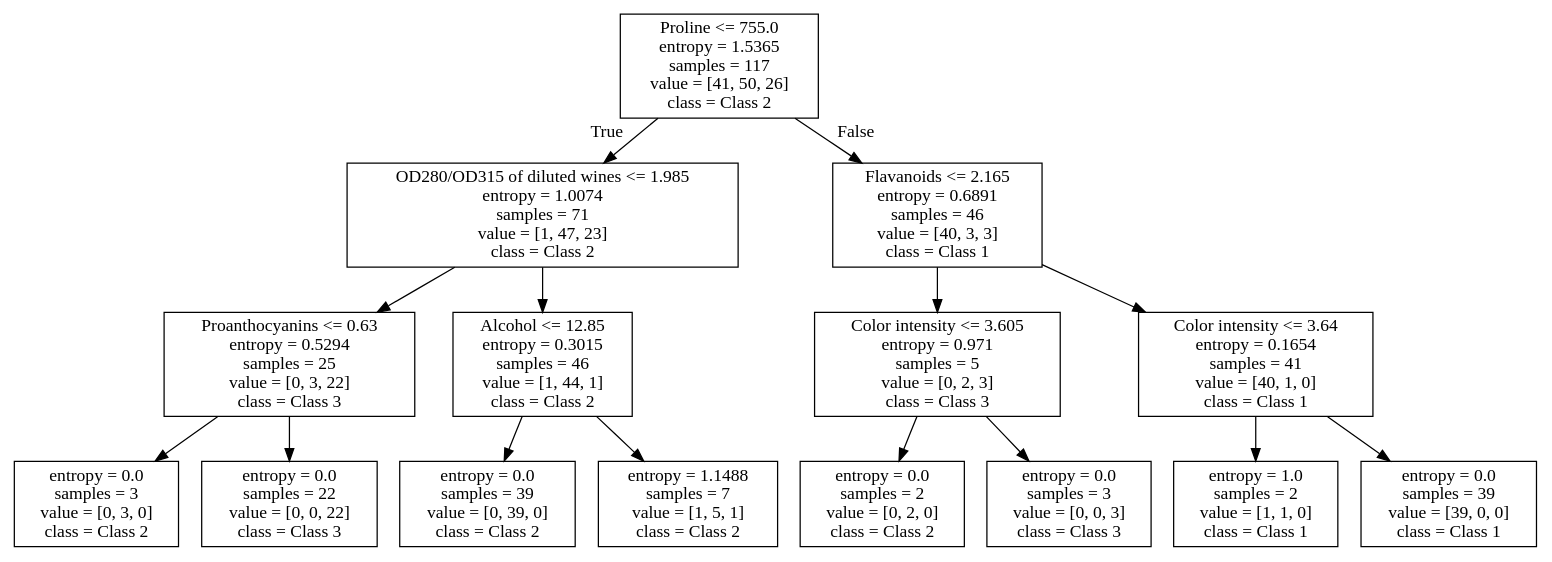
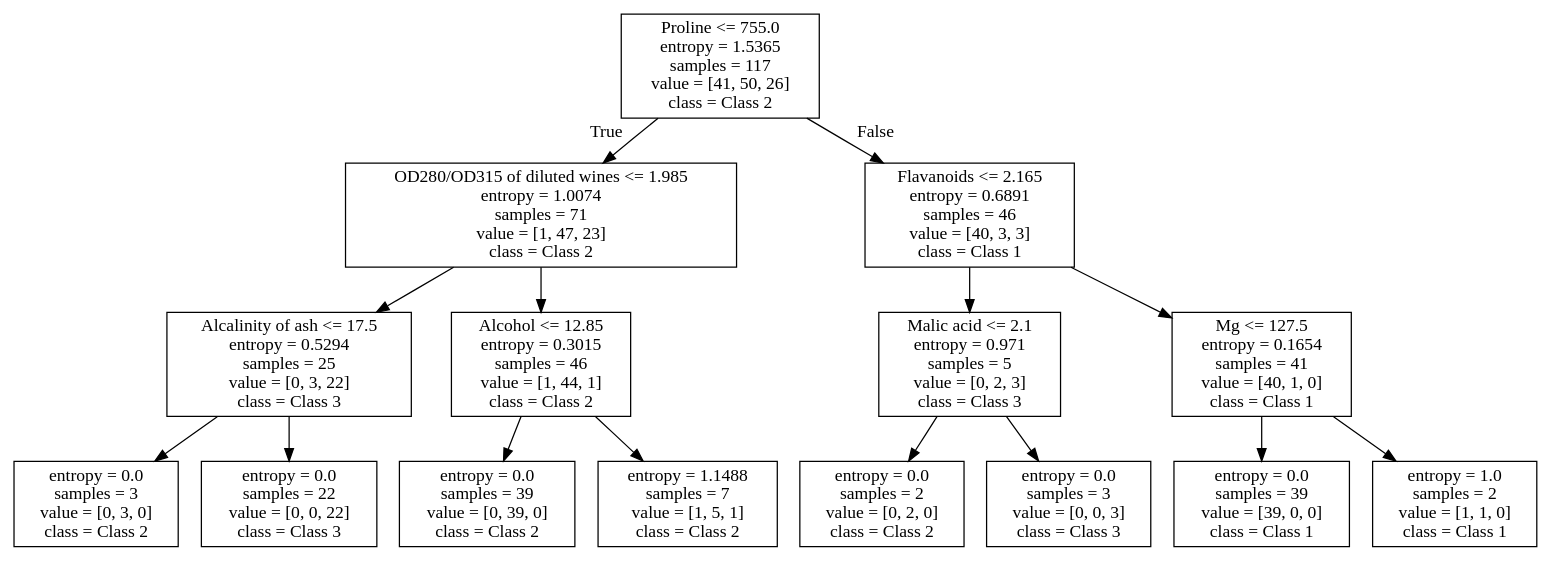
The diagram in assns/wine_tree.dot (MattTriano/Advanced_Data_Mining), drawn with Graphviz before and after one commit. The commit also changed 2 other files, not shown here.

```diff
--- a/assns/wine_tree.dot
+++ b/assns/wine_tree.dot
@@ -1,32 +1,32 @@
 digraph Tree {
 node [shape=box] ;
 0 [label="Proline <= 755.0\nentropy = 1.5365\nsamples = 117\nvalue = [41, 50, 26]\nclass = Class 2"] ;
 1 [label="OD280/OD315 of diluted wines <= 1.985\nentropy = 1.0074\nsamples = 71\nvalue = [1, 47, 23]\nclass = Class 2"] ;
 0 -> 1 [labeldistance=2.5, labelangle=45, headlabel="True"] ;
-2 [label="Proanthocyanins <= 0.63\nentropy = 0.5294\nsamples = 25\nvalue = [0, 3, 22]\nclass = Class 3"] ;
+2 [label="Alcalinity of ash <= 17.5\nentropy = 0.5294\nsamples = 25\nvalue = [0, 3, 22]\nclass = Class 3"] ;
 1 -> 2 ;
 3 [label="entropy = 0.0\nsamples = 3\nvalue = [0, 3, 0]\nclass = Class 2"] ;
 2 -> 3 ;
 4 [label="entropy = 0.0\nsamples = 22\nvalue = [0, 0, 22]\nclass = Class 3"] ;
 2 -> 4 ;
 5 [label="Alcohol <= 12.85\nentropy = 0.3015\nsamples = 46\nvalue = [1, 44, 1]\nclass = Class 2"] ;
 1 -> 5 ;
 6 [label="entropy = 0.0\nsamples = 39\nvalue = [0, 39, 0]\nclass = Class 2"] ;
 5 -> 6 ;
 7 [label="entropy = 1.1488\nsamples = 7\nvalue = [1, 5, 1]\nclass = Class 2"] ;
 5 -> 7 ;
 8 [label="Flavanoids <= 2.165\nentropy = 0.6891\nsamples = 46\nvalue = [40, 3, 3]\nclass = Class 1"] ;
 0 -> 8 [labeldistance=2.5, labelangle=-45, headlabel="False"] ;
-9 [label="Color intensity <= 3.605\nentropy = 0.971\nsamples = 5\nvalue = [0, 2, 3]\nclass = Class 3"] ;
+9 [label="Malic acid <= 2.1\nentropy = 0.971\nsamples = 5\nvalue = [0, 2, 3]\nclass = Class 3"] ;
 8 -> 9 ;
 10 [label="entropy = 0.0\nsamples = 2\nvalue = [0, 2, 0]\nclass = Class 2"] ;
 9 -> 10 ;
 11 [label="entropy = 0.0\nsamples = 3\nvalue = [0, 0, 3]\nclass = Class 3"] ;
 9 -> 11 ;
-12 [label="Color intensity <= 3.64\nentropy = 0.1654\nsamples = 41\nvalue = [40, 1, 0]\nclass = Class 1"] ;
+12 [label="Mg <= 127.5\nentropy = 0.1654\nsamples = 41\nvalue = [40, 1, 0]\nclass = Class 1"] ;
 8 -> 12 ;
-13 [label="entropy = 1.0\nsamples = 2\nvalue = [1, 1, 0]\nclass = Class 1"] ;
+13 [label="entropy = 0.0\nsamples = 39\nvalue = [39, 0, 0]\nclass = Class 1"] ;
 12 -> 13 ;
-14 [label="entropy = 0.0\nsamples = 39\nvalue = [39, 0, 0]\nclass = Class 1"] ;
+14 [label="entropy = 1.0\nsamples = 2\nvalue = [1, 1, 0]\nclass = Class 1"] ;
 12 -> 14 ;
 }
```
